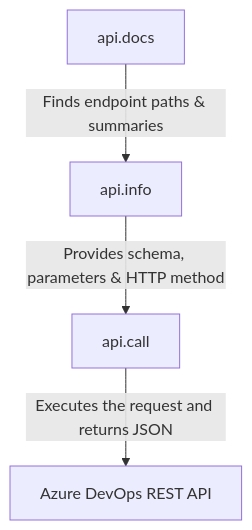
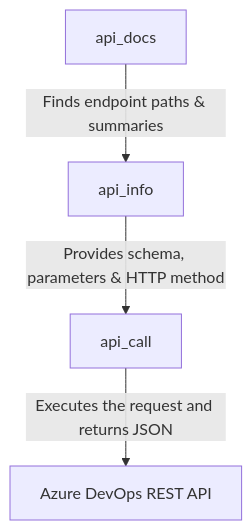
Before and after one commit to varnierg/MCP-for-AZURE-Devops: the diagram in wiki/Generic-REST-Client.md, drawn with Mermaid. The commit also changed other lines of this file and 10 other files, not shown here.

````diff
--- a/wiki/Generic-REST-Client.md
+++ b/wiki/Generic-REST-Client.md
@@ -16,6 +16,6 @@
 ```mermaid
 graph TD
-    A[api.docs] -->|Finds endpoint paths & summaries| B[api.info]
-    B -->|Provides schema, parameters & HTTP method| C[api.call]
+    A[api_docs] -->|Finds endpoint paths & summaries| B[api_info]
+    B -->|Provides schema, parameters & HTTP method| C[api_call]
     C -->|Executes the request and returns JSON| D[Azure DevOps REST API]
 ```
````
